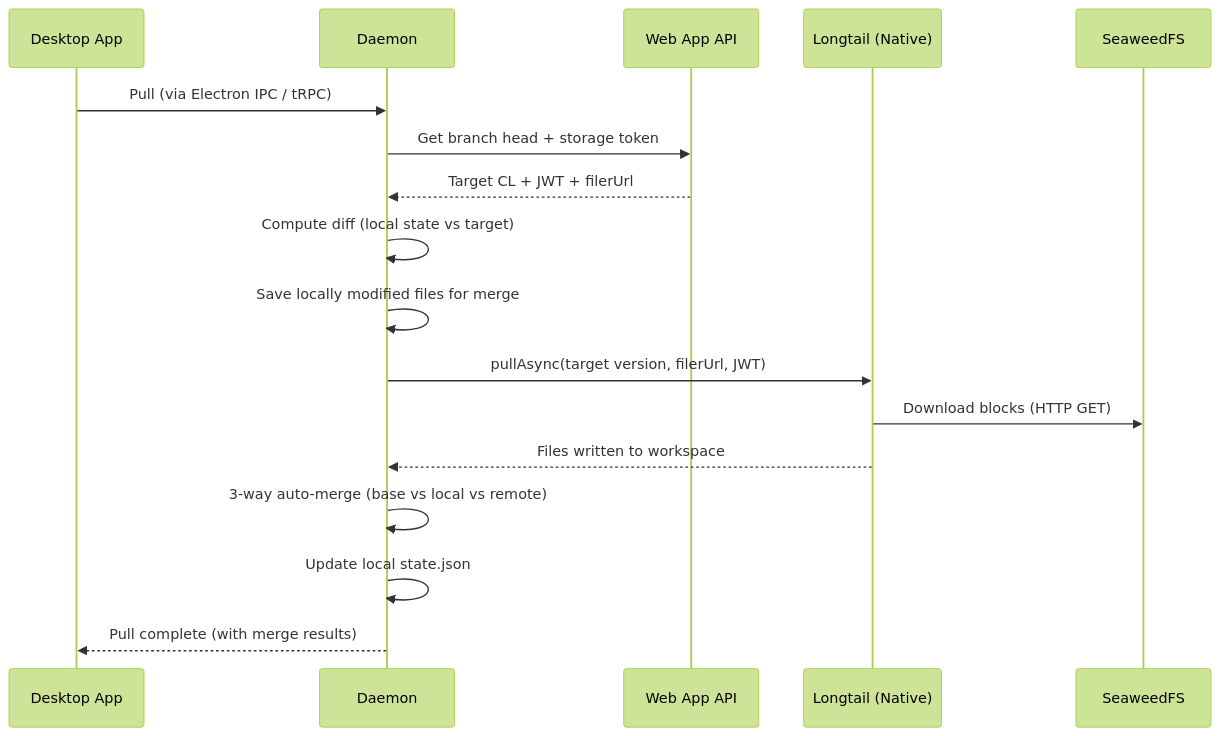
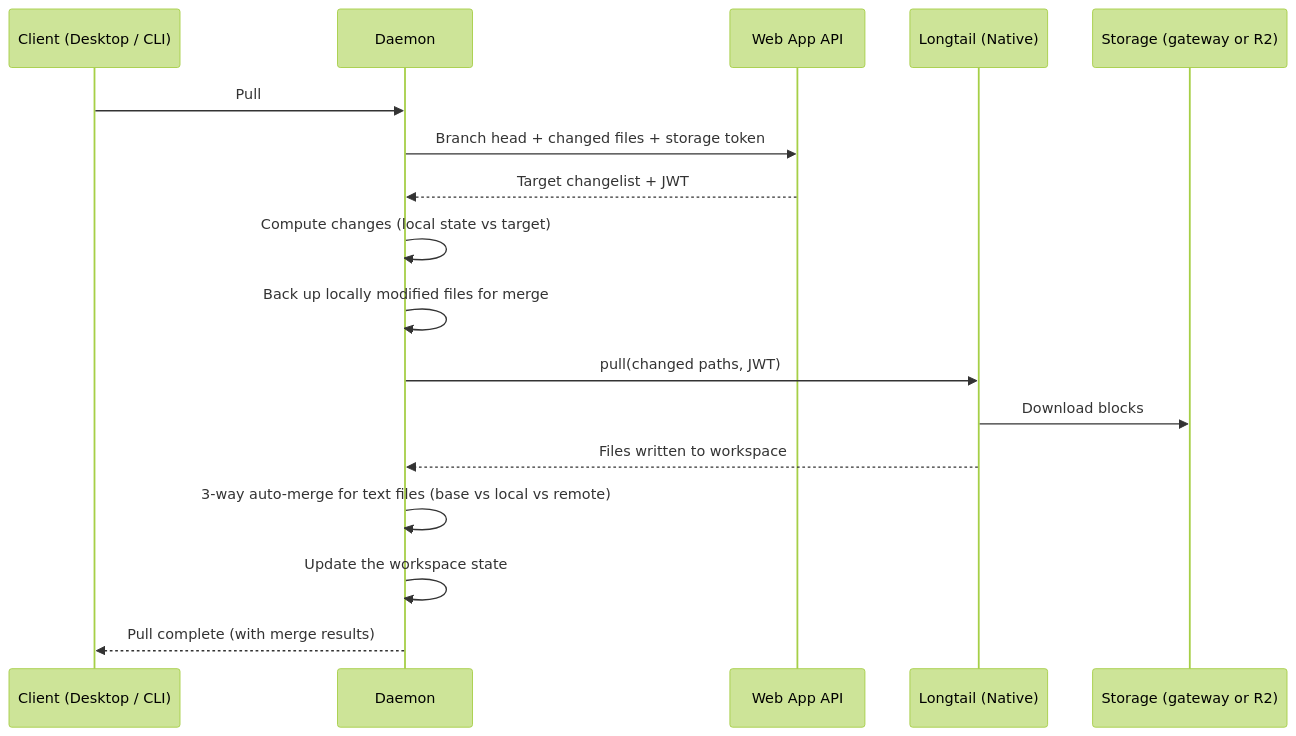
The third of 3 diagrams in README.md (Incanta/Checkpoint), drawn with Mermaid (forest theme) before and after one commit. The commit also changed other lines of this file and 69 other files, not shown here.

````diff
--- a/README.md
+++ b/README.md
@@ -180,20 +194,20 @@
 ```mermaid
 sequenceDiagram
-    participant UI as Desktop App
+    participant UI as Client (Desktop / CLI)
     participant D as Daemon
     participant API as Web App API
     participant LT as Longtail (Native)
-    participant SW as SeaweedFS
+    participant ST as Storage (gateway or R2)
 
-    UI->>D: Pull (via Electron IPC / tRPC)
-    D->>API: Get branch head + storage token
-    API-->>D: Target CL + JWT + filerUrl
-    D->>D: Compute diff (local state vs target)
-    D->>D: Save locally modified files for merge
-    D->>LT: pullAsync(target version, filerUrl, JWT)
-    LT->>SW: Download blocks (HTTP GET)
+    UI->>D: Pull
+    D->>API: Branch head + changed files + storage token
+    API-->>D: Target changelist + JWT
+    D->>D: Compute changes (local state vs target)
+    D->>D: Back up locally modified files for merge
+    D->>LT: pull(changed paths, JWT)
+    LT->>ST: Download blocks
     LT-->>D: Files written to workspace
-    D->>D: 3-way auto-merge (base vs local vs remote)
-    D->>D: Update local state.json
+    D->>D: 3-way auto-merge for text files (base vs local vs remote)
+    D->>D: Update the workspace state
     D-->>UI: Pull complete (with merge results)
 ```
````
